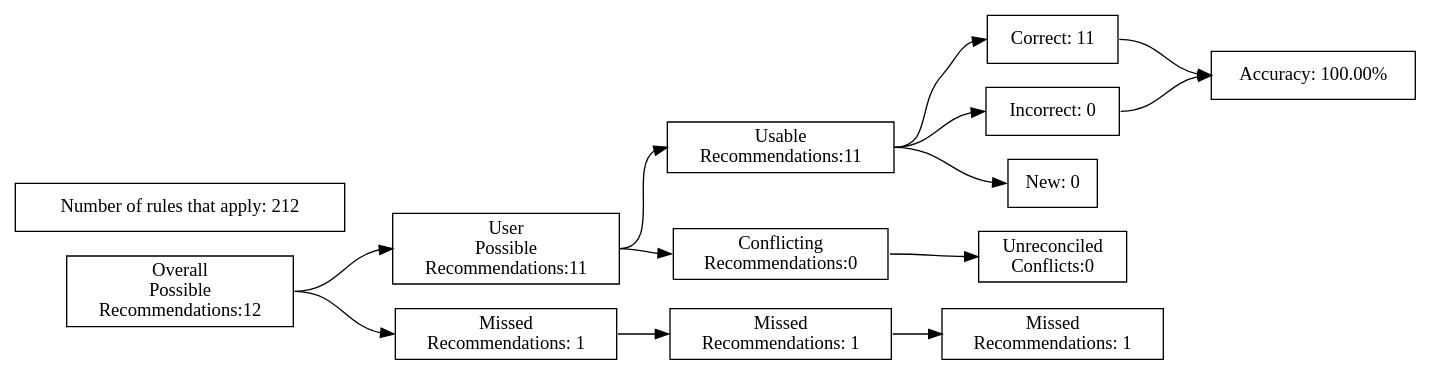
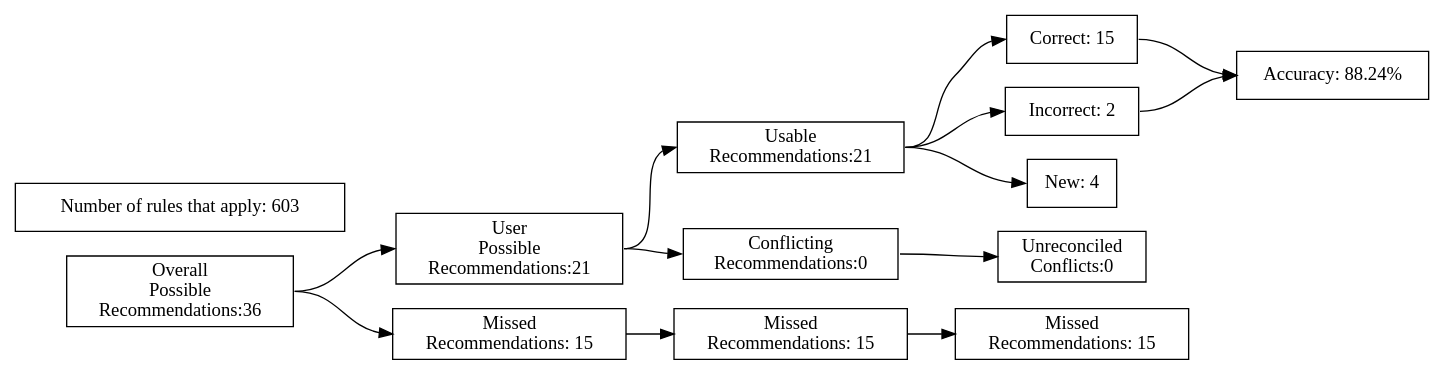
Before and after one commit to ZaxR/ibd_diet_analysis: the diagram in test_renders/16.gv, drawn with Graphviz. The commit also changed 229 other files, not shown here.

```diff
--- a/test_renders/16.gv
+++ b/test_renders/16.gv
@@ -1,40 +1,40 @@
 digraph {
 	graph [rankdir=LR]
 	node [pos=r shape=box]
 	edge [headport=w tailport=e]
 		A [label="Overall
 Possible
-Recommendations:12"]
+Recommendations:36"]
 		B [label="User
 Possible
-Recommendations:11"]
+Recommendations:21"]
 		C [label="Missed
-Recommendations: 1"]
+Recommendations: 15"]
 		D [label="Usable
-Recommendations:11"]
+Recommendations:21"]
 		E [label="Conflicting
 Recommendations:0"]
 		J [label="Missed
-Recommendations: 1"]
+Recommendations: 15"]
 		M [label="Unreconciled
 Conflicts:0"]
-		F [label="Correct: 11"]
-		G [label="Incorrect: 0"]
-		H [label="New: 0"]
+		F [label="Correct: 15"]
+		G [label="Incorrect: 2"]
+		H [label="New: 4"]
 		K [label="Missed
-Recommendations: 1"]
-		I [label="Accuracy: 100.00%"]
-		l [label="Number of rules that apply: 212"]
+Recommendations: 15"]
+		I [label="Accuracy: 88.24%"]
+		l [label="Number of rules that apply: 603"]
 			A -> B
 			A -> C
 			B -> D
 			B -> E
 			D -> F
 			D -> G
 			D -> H
 			F -> I
 			G -> I
 			C -> J
 			J -> K
 			E -> M
 }
```
